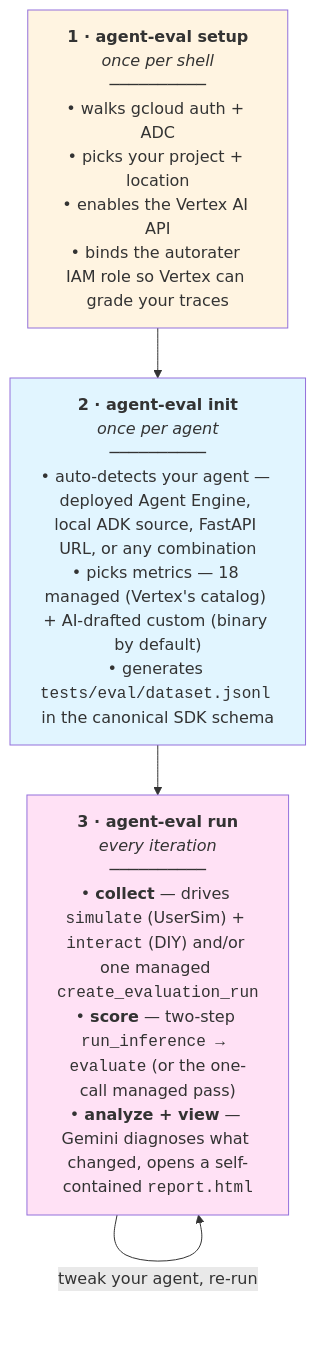
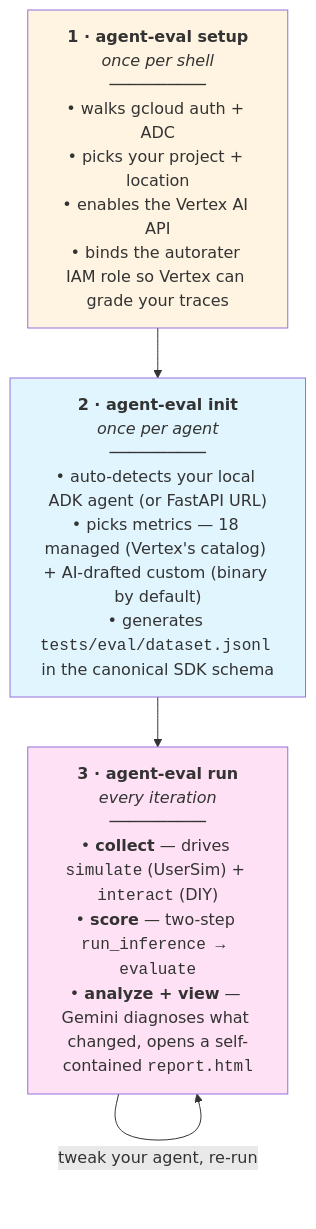
The diagram in README.md (danielazamorah/agent-eval), drawn with Mermaid before and after one commit. The commit also changed other lines of this file and 4 other files, not shown here.

````diff
--- a/README.md
+++ b/README.md
@@ -106,13 +13,13 @@
 ```mermaid
 flowchart TD
     setup["<b>1 · agent-eval setup</b><br/><i>once per shell</i><br/>──────────<br/>• walks gcloud auth + ADC<br/>• picks your project + location<br/>• enables the Vertex AI API<br/>• binds the autorater IAM role so Vertex can grade your traces"]
-    init["<b>2 · agent-eval init</b><br/><i>once per agent</i><br/>──────────<br/>• auto-detects your agent — deployed Agent Engine, local ADK source, FastAPI URL, or any combination<br/>• picks metrics — 18 managed (Vertex's catalog) + AI-drafted custom (binary by default)<br/>• generates <code>tests/eval/dataset.jsonl</code> in the canonical SDK schema"]
-    run["<b>3 · agent-eval run</b><br/><i>every iteration</i><br/>──────────<br/>• <b>collect</b> — drives <code>simulate</code> (UserSim) + <code>interact</code> (DIY) and/or one managed <code>create_evaluation_run</code><br/>• <b>score</b> — two-step <code>run_inference → evaluate</code> (or the one-call managed pass)<br/>• <b>analyze + view</b> — Gemini diagnoses what changed, opens a self-contained <code>report.html</code>"]
+    init["<b>2 · agent-eval init</b><br/><i>once per agent</i><br/>──────────<br/>• auto-detects your local ADK agent (or FastAPI URL)<br/>• picks metrics — 18 managed (Vertex's catalog) + AI-drafted custom (binary by default)<br/>• generates <code>tests/eval/dataset.jsonl</code> in the canonical SDK schema"]
+    run["<b>3 · agent-eval run</b><br/><i>every iteration</i><br/>──────────<br/>• <b>collect</b> — drives <code>simulate</code> (UserSim) + <code>interact</code> (DIY)<br/>• <b>score</b> — two-step <code>run_inference → evaluate</code><br/>• <b>analyze + view</b> — Gemini diagnoses what changed, opens a self-contained <code>report.html</code>"]
 
     setup --> init --> run
     run -->|tweak your agent, re-run| run
 
     style setup fill:#fff4e1
     style init fill:#e1f5ff
     style run fill:#ffe1f5
 ```
````
